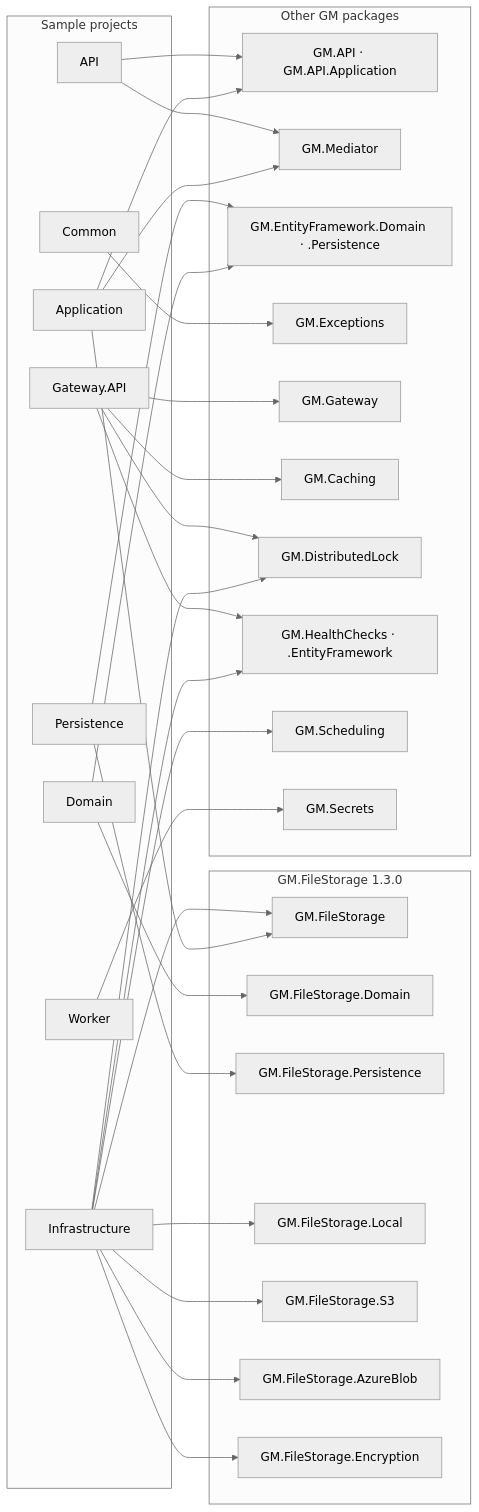
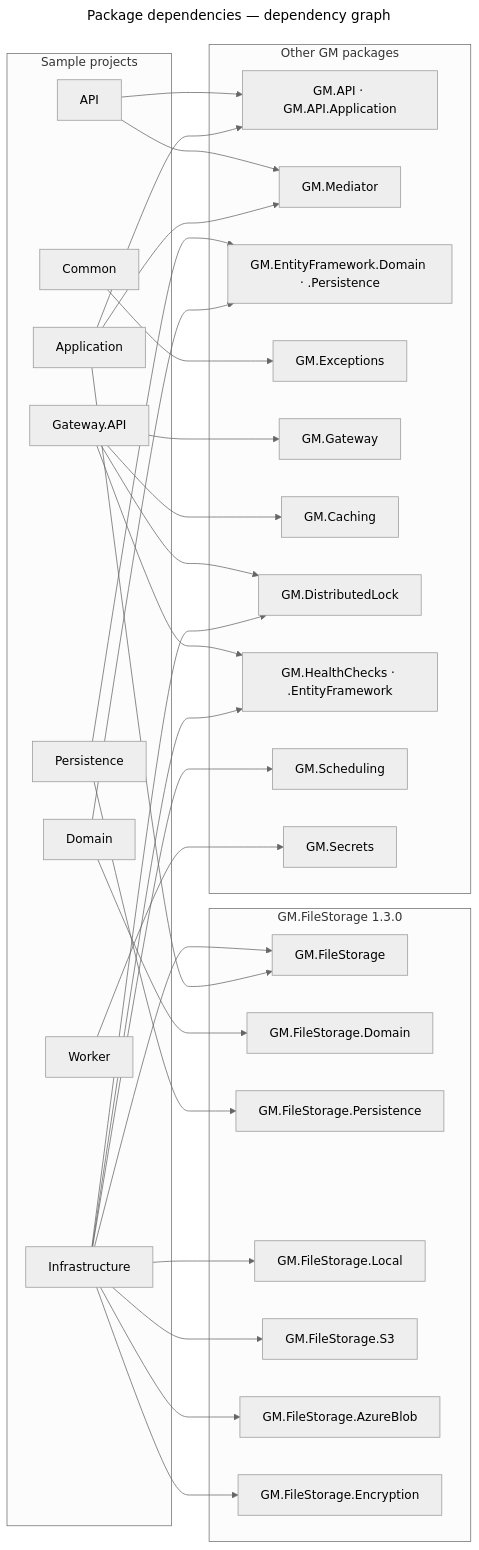
Before and after one commit to gmetskhvarishvili/GM.FileStorage.Samples: the third of 6 diagrams in docs/dependencies.md, drawn with Mermaid (neutral theme). The commit also changed other lines of this file and 7 other files, not shown here.

First line of the commit message:
docs: name every diagram "subject — kind" and index them

````diff
--- a/docs/dependencies.md
+++ b/docs/dependencies.md
@@ -80,45 +89,48 @@
 ```mermaid
+---
+title: Package dependencies — dependency graph
+---
 flowchart LR
     subgraph sample[Sample projects]
         gw[Gateway.API]
         api[API]
         worker[Worker]
         infra[Infrastructure]
         pers[Persistence]
         app[Application]
         domain[Domain]
         common[Common]
     end
 
     subgraph gmfs[GM.FileStorage 1.3.0]
         fs[GM.FileStorage]
         fsDomain[GM.FileStorage.Domain]
         fsPers[GM.FileStorage.Persistence]
         fsLocal[GM.FileStorage.Local]
         fsS3[GM.FileStorage.S3]
         fsAzure[GM.FileStorage.AzureBlob]
         fsEnc[GM.FileStorage.Encryption]
     end
 
     subgraph gm[Other GM packages]
         gmApi[GM.API · GM.API.Application]
         gmMed[GM.Mediator]
         gmEf[GM.EntityFramework.Domain · .Persistence]
         gmExc[GM.Exceptions]
         gmGw[GM.Gateway]
         gmCache[GM.Caching]
         gmLock[GM.DistributedLock]
         gmHc[GM.HealthChecks · .EntityFramework]
         gmSched[GM.Scheduling]
         gmSec[GM.Secrets]
     end
 
     gw --> gmGw & gmCache & gmLock & gmHc
     api --> gmApi & gmMed
     worker --> gmSec
     infra --> fs & fsLocal & fsS3 & fsAzure & fsEnc & gmHc & gmSched & gmLock
     pers --> fsPers & gmEf
     app --> fs & gmApi & gmMed
     domain --> fsDomain & gmEf
     common --> gmExc
 ```
````
